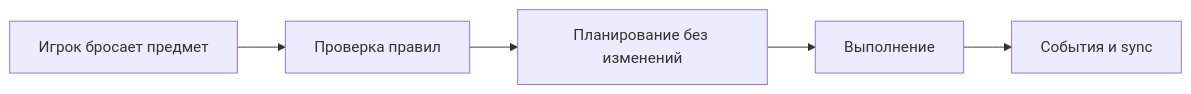
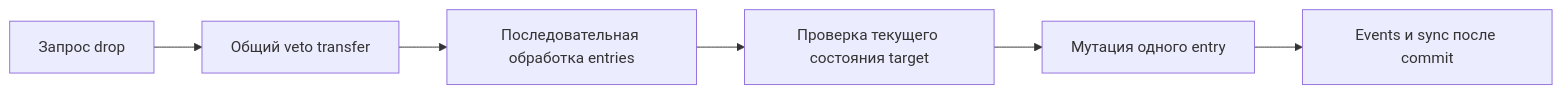
One commit to SergeevSergey99/DragAndDropSystem-Docs changed the diagram in .docs/content/architecture/transfer-pipeline.ru.md. Above: the diagram before and after it, drawn with Mermaid. The commit also changed other lines of this file and 32 other files, not shown here.

````diff
--- a/.docs/content/architecture/transfer-pipeline.ru.md
+++ b/.docs/content/architecture/transfer-pipeline.ru.md
@@ -17,7 +13,8 @@
 ```mermaid
 flowchart LR
-    A["Игрок бросает предмет"] --> B["Проверка правил"]
-    B --> C["Планирование без изменений"]
-    C --> D["Выполнение"]
-    D --> E["События и sync"]
+    A["Запрос drop"] --> B["Общий veto transfer"]
+    B --> C["Последовательная обработка entries"]
+    C --> D["Проверка текущего состояния target"]
+    D --> E["Мутация одного entry"]
+    E --> F["Events и sync после commit"]
 ```
````
